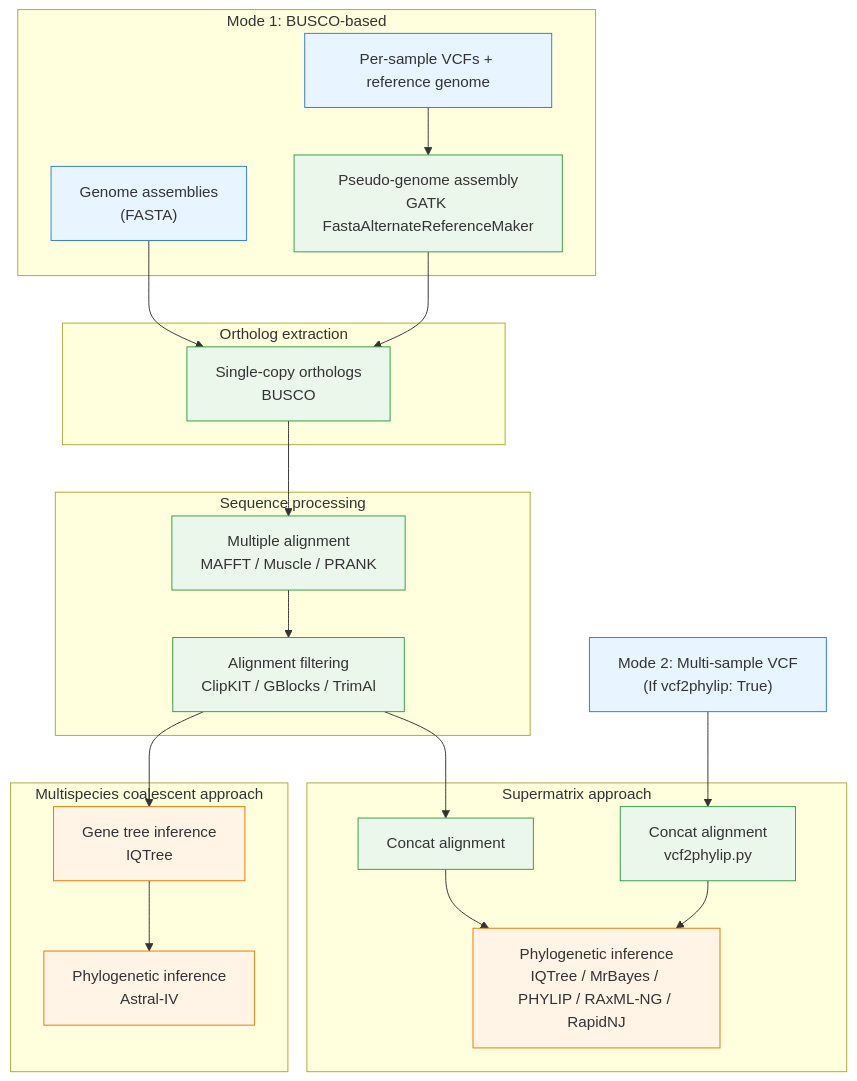
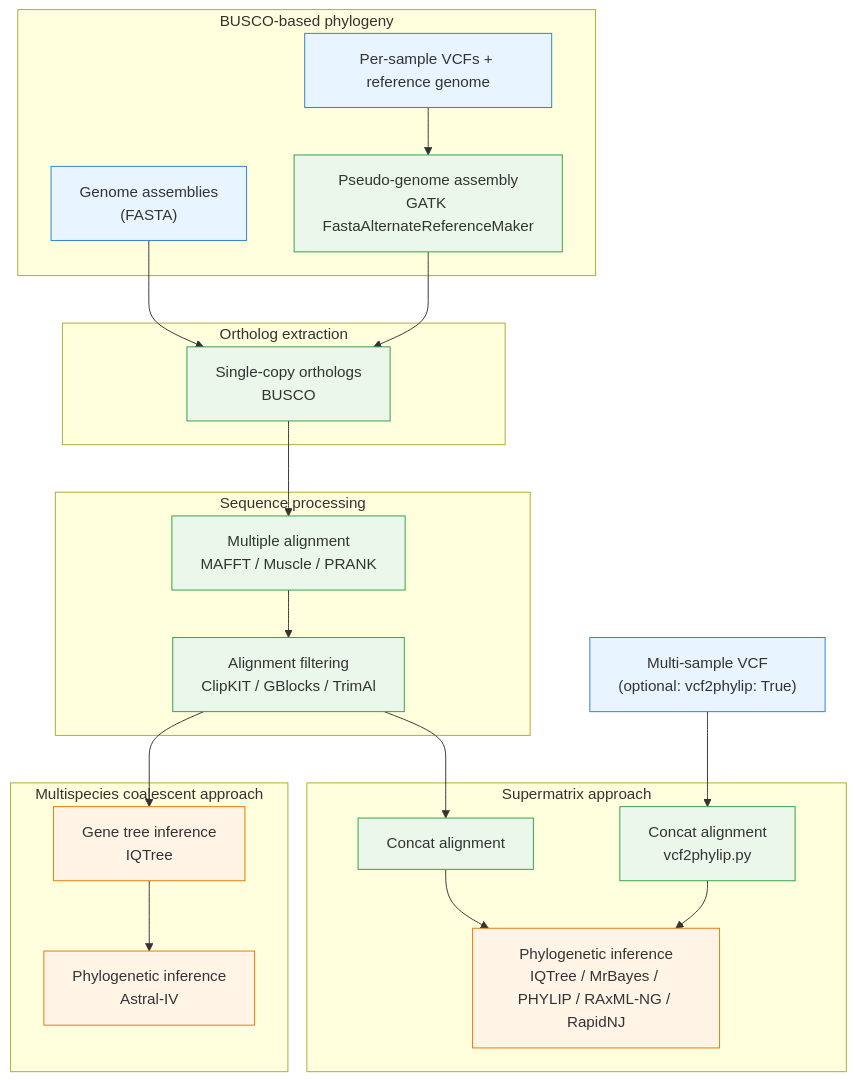
Before and after one commit to tomarovsky/BuscoClade: the diagram in README.md, drawn with Mermaid. The commit also changed other lines of this file, not shown here.

````diff
--- a/README.md
+++ b/README.md
@@ -13,61 +13,61 @@
 ```mermaid
 flowchart TD
 
 %% ----- INPUT -----
-subgraph INPUT["Mode 1: BUSCO-based"]
+subgraph INPUT["BUSCO-based phylogeny"]
 A_fa["Genome assemblies<br/>(FASTA)"]
 A_vcf["Per-sample VCFs + reference genome"]
 A_gatk["Pseudo-genome assembly<br/>GATK FastaAlternateReferenceMaker"]
 end
 
 %% ----- BUSCO -----
 subgraph BUSCO["Ortholog extraction"]
 B_busco["Single-copy orthologs<br/>BUSCO"]
 end
 
 %% ----- PREPROCESSING -----
 subgraph PREP["Sequence processing"]
 C_aln["Multiple alignment<br/>MAFFT / Muscle / PRANK"]
 C_flt["Alignment filtering<br/>ClipKIT / GBlocks / TrimAl"]
 end
 
 %% ----- TREE APPROACH -----
 subgraph TREE["Multispecies coalescent approach"]
 D_gt["Gene tree inference<br/>IQTree"]
 D_ast["Phylogenetic inference<br/>Astral-IV"]
 end
 
 %% ----- CONCAT -----
 subgraph CONCAT["Supermatrix approach"]
 E_cat["Concat alignment"]
 E_vcf["Concat alignment<br/>vcf2phylip.py"]
 E_phy["Phylogenetic inference<br/>IQTree / MrBayes / PHYLIP / RAxML-NG / RapidNJ"]
 end
 
-%% ----- MODE 2 -----
-M2["Mode 2: Multi-sample VCF<br/>(If vcf2phylip: True)"]
+%% ----- VCF2PHYLIP -----
+M2["Multi-sample VCF<br/>(optional: vcf2phylip: True)"]
 
-%% ----- EDGES: MODE 1 -----
+%% ----- EDGES: MAIN -----
 A_fa --> B_busco
 A_vcf --> A_gatk
 A_gatk --> B_busco
 B_busco --> C_aln
 C_aln --> C_flt
 C_flt --> D_gt
 D_gt --> D_ast
 C_flt --> E_cat
 E_cat --> E_phy
 
-%% ----- EDGES: MODE 2 -----
+%% ----- EDGES: VCF2PHYLIP -----
 M2 --> E_vcf
 E_vcf --> E_phy
 
 %% ----- STYLE -----
 classDef input fill:#e8f4ff,stroke:#2b7cd3,stroke-width:1px
 classDef process fill:#eaf7ea,stroke:#2f9e44,stroke-width:1px
 classDef phylo fill:#fff4e6,stroke:#e67700,stroke-width:1px
 
 class A_fa,A_vcf,M2 input
 class A_gatk,B_busco,C_aln,C_flt,E_cat,E_vcf process
 class D_gt,D_ast,E_phy phylo
 ```
````
